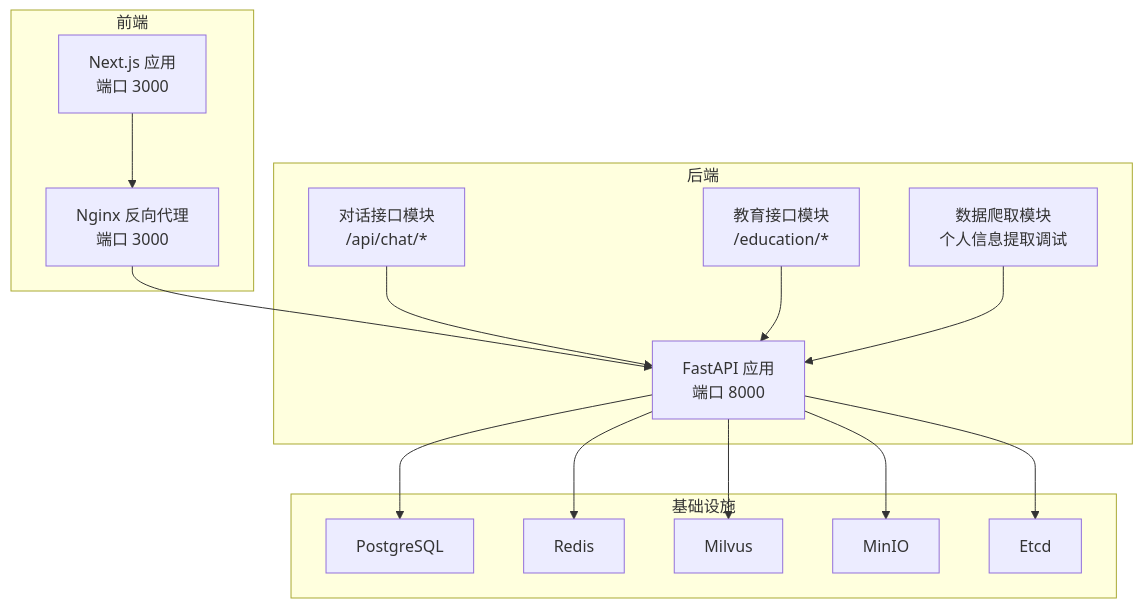
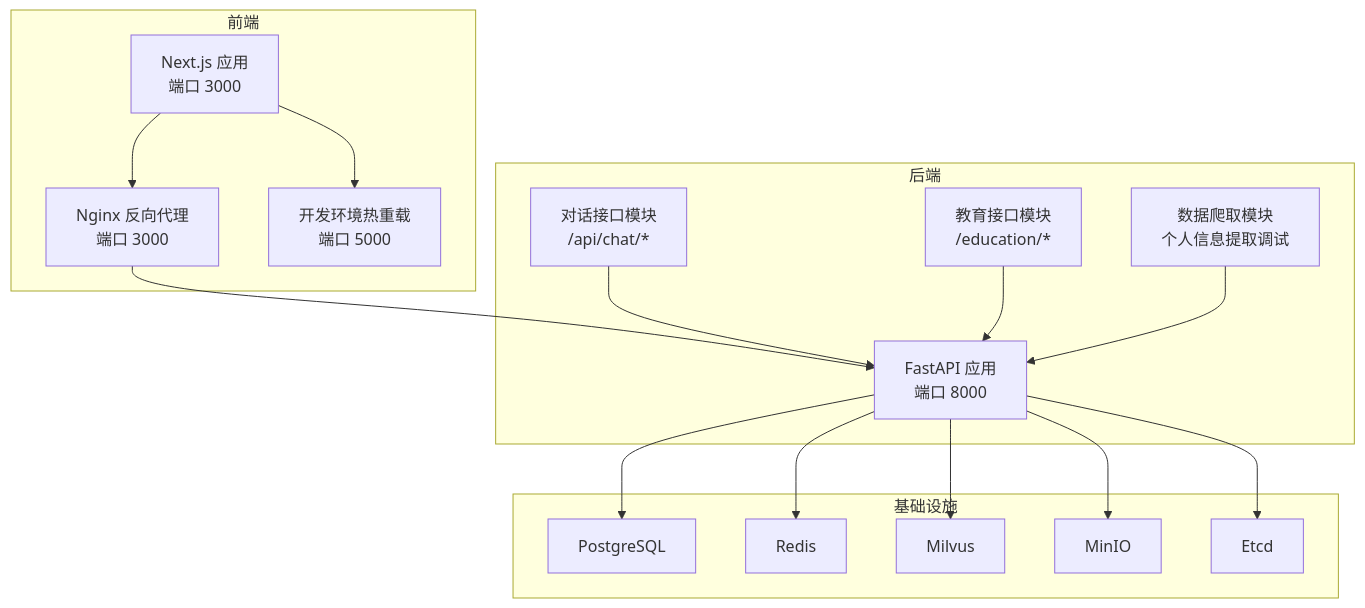
The first of 7 diagrams in .qoder/repowiki/zh/content/故障排除.md (ghbbn053-ship-itsoulddog/soulddog), drawn with Mermaid before and after one commit. The commit also changed other lines of this file and 119 other files, not shown here.

````diff
--- a/.qoder/repowiki/zh/content/故障排除.md
+++ b/.qoder/repowiki/zh/content/故障排除.md
@@ -45,30 +54,32 @@
 ```mermaid
 graph TB
 subgraph "前端"
 FE_Next["Next.js 应用<br/>端口 3000"]
 FE_Nginx["Nginx 反向代理<br/>端口 3000"]
+FE_Dev["开发环境热重载<br/>端口 5000"]
 end
 subgraph "后端"
 BE_API["FastAPI 应用<br/>端口 8000"]
 BE_Chat["对话接口模块<br/>/api/chat/*"]
 BE_Edu["教育接口模块<br/>/education/*"]
 BE_Scraper["数据爬取模块<br/>个人信息提取调试"]
 end
 subgraph "基础设施"
 DB["PostgreSQL"]
 CACHE["Redis"]
 VDB["Milvus"]
 OBJ["MinIO"]
 KVS["Etcd"]
 end
 FE_Next --> FE_Nginx
+FE_Next --> FE_Dev
 FE_Nginx --> BE_API
 BE_API --> DB
 BE_API --> CACHE
 BE_API --> VDB
 BE_API --> OBJ
 BE_API --> KVS
 BE_Chat --> BE_API
 BE_Edu --> BE_API
 BE_Scraper --> BE_API
 ```
````
